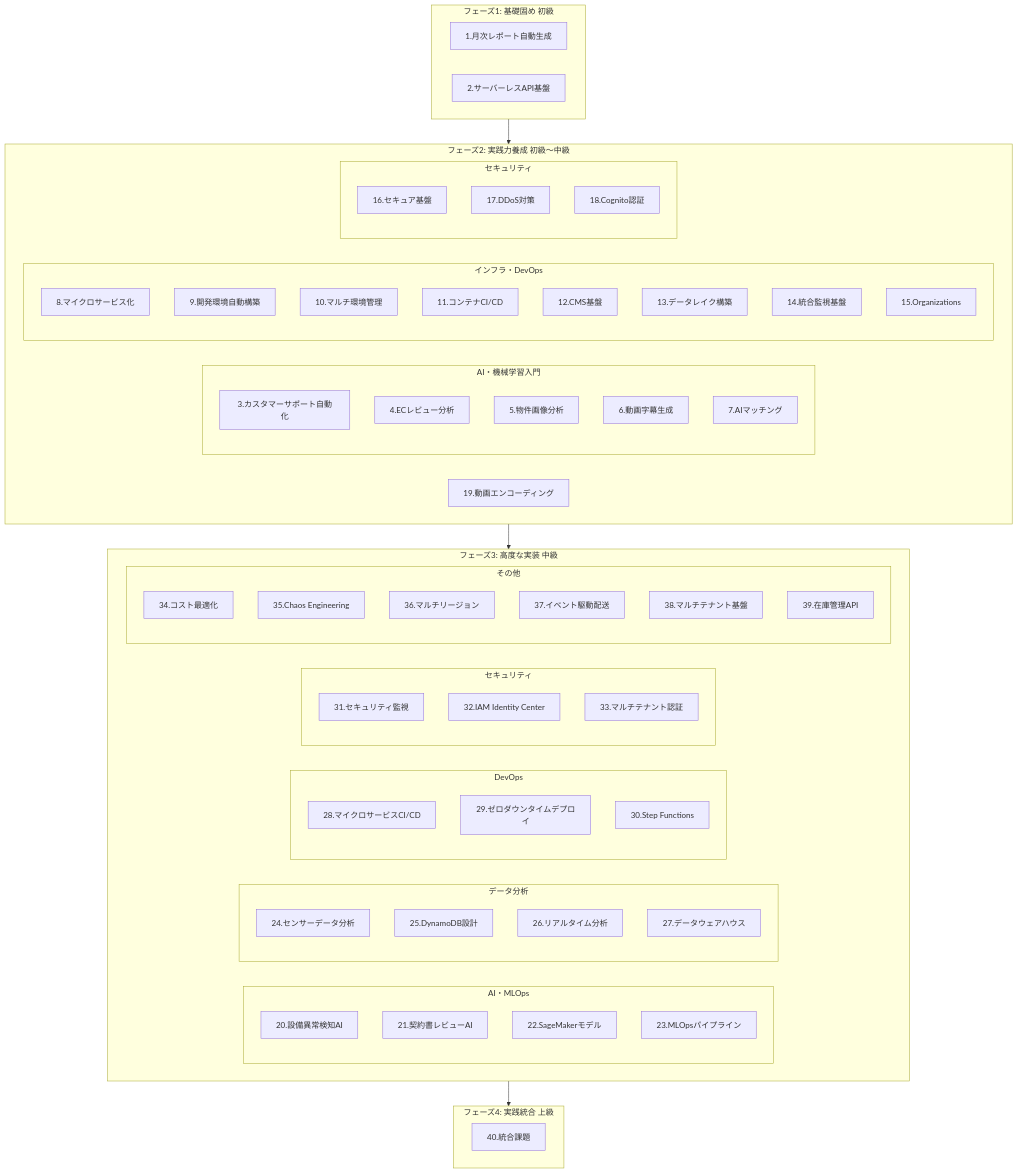
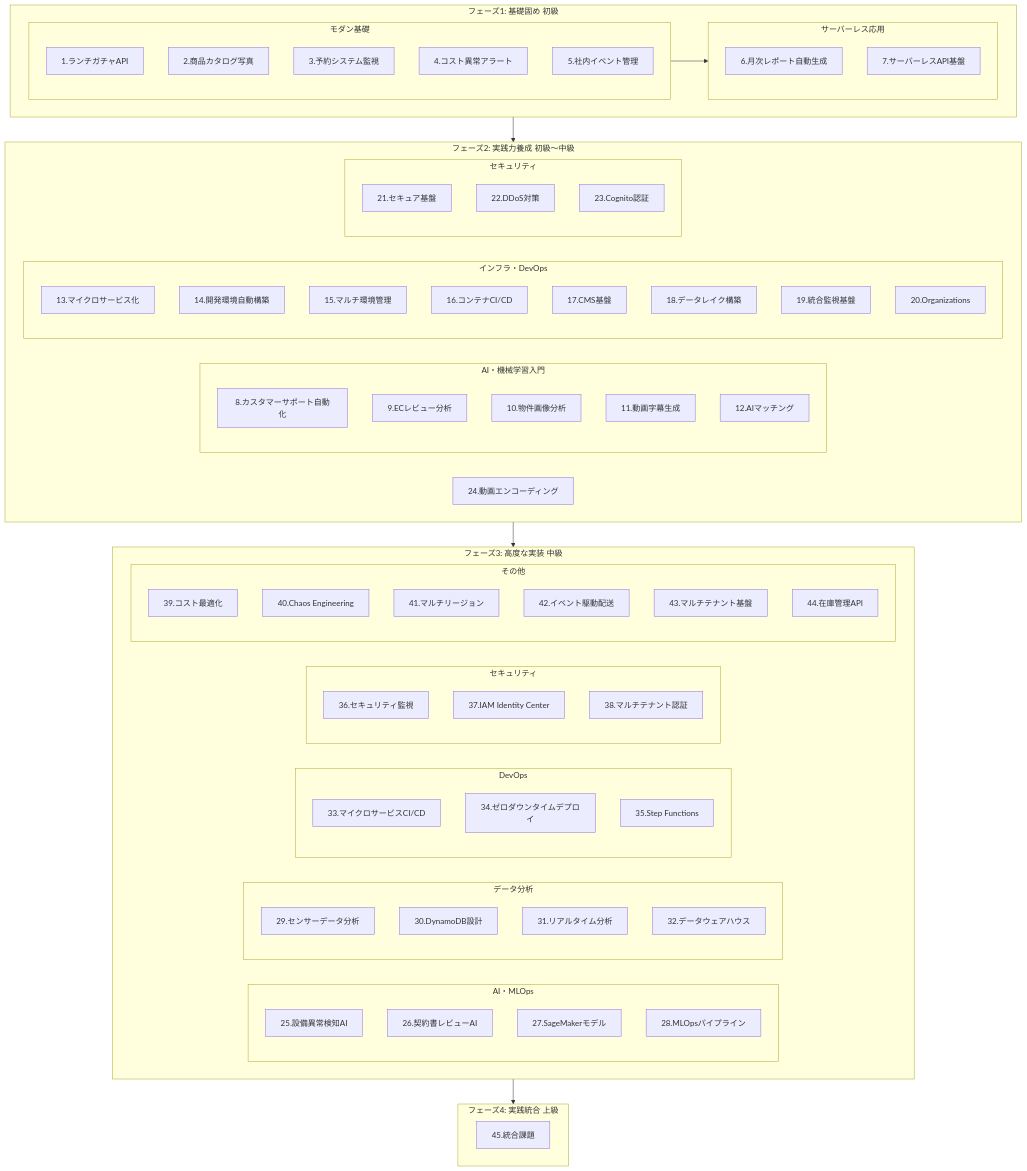
Before and after one commit to yuta-ishii-cm/aws-practice: the diagram in exercises/ROADMAP.md, drawn with Mermaid. The commit also changed other lines of this file and 46 other files, not shown here.

````diff
--- a/exercises/ROADMAP.md
+++ b/exercises/ROADMAP.md
@@ -164,71 +186,81 @@
 ```mermaid
 flowchart TB
     subgraph phase1[フェーズ1: 基礎固め 初級]
-        p1_1[1.月次レポート自動生成]
-        p1_2[2.サーバーレスAPI基盤]
+        subgraph p1_basic[モダン基礎]
+            p1_1[1.ランチガチャAPI]
+            p1_2[2.商品カタログ写真]
+            p1_3[3.予約システム監視]
+            p1_4[4.コスト異常アラート]
+            p1_5[5.社内イベント管理]
+        end
+        subgraph p1_serverless[サーバーレス応用]
+            p1_6[6.月次レポート自動生成]
+            p1_7[7.サーバーレスAPI基盤]
+        end
+        p1_basic --> p1_serverless
     end
 
     subgraph phase2[フェーズ2: 実践力養成 初級〜中級]
         subgraph p2_ai[AI・機械学習入門]
-            p2_3[3.カスタマーサポート自動化]
-            p2_4[4.ECレビュー分析]
-            p2_5[5.物件画像分析]
-            p2_6[6.動画字幕生成]
-            p2_7[7.AIマッチング]
+            p2_8[8.カスタマーサポート自動化]
+            p2_9[9.ECレビュー分析]
+            p2_10[10.物件画像分析]
+            p2_11[11.動画字幕生成]
+            p2_12[12.AIマッチング]
         end
         subgraph p2_infra[インフラ・DevOps]
-            p2_8[8.マイクロサービス化]
-            p2_9[9.開発環境自動構築]
-            p2_10[10.マルチ環境管理]
-            p2_11[11.コンテナCI/CD]
-            p2_12[12.CMS基盤]
-            p2_13[13.データレイク構築]
-            p2_14[14.統合監視基盤]
-            p2_15[15.Organizations]
+            p2_13[13.マイクロサービス化]
+            p2_14[14.開発環境自動構築]
+            p2_15[15.マルチ環境管理]
+            p2_16[16.コンテナCI/CD]
+            p2_17[17.CMS基盤]
+            p2_18[18.データレイク構築]
+            p2_19[19.統合監視基盤]
+            p2_20[20.Organizations]
         end
         subgraph p2_security[セキュリティ]
-            p2_16[16.セキュア基盤]
-            p2_17[17.DDoS対策]
-            p2_18[18.Cognito認証]
+            p2_21[21.セキュア基盤]
+            p2_22[22.DDoS対策]
+            p2_23[23.Cognito認証]
         end
-        p2_19[19.動画エンコーディング]
+        p2_24[24.動画エンコーディング]
     end
 
     subgraph phase3[フェーズ3: 高度な実装 中級]
         subgraph p3_ml[AI・MLOps]
-            p3_20[20.設備異常検知AI]
-            p3_21[21.契約書レビューAI]
-            p3_22[22.SageMakerモデル]
-            p3_23[23.MLOpsパイプライン]
+            p3_25[25.設備異常検知AI]
+            p3_26[26.契約書レビューAI]
+            p3_27[27.SageMakerモデル]
+            p3_28[28.MLOpsパイプライン]
         end
         subgraph p3_data[データ分析]
-            p3_24[24.センサーデータ分析]
-            p3_25[25.DynamoDB設計]
-            p3_26[26.リアルタイム分析]
-            p3_27[27.データウェアハウス]
+            p3_29[29.センサーデータ分析]
+            p3_30[30.DynamoDB設計]
+            p3_31[31.リアルタイム分析]
+            p3_32[32.データウェアハウス]
         end
         subgraph p3_devops[DevOps]
-            p3_28[28.マイクロサービスCI/CD]
-            p3_29[29.ゼロダウンタイムデプロイ]
-            p3_30[30.Step Functions]
+            p3_33[33.マイクロサービスCI/CD]
+            p3_34[34.ゼロダウンタイムデプロイ]
+            p3_35[35.Step Functions]
         end
         subgraph p3_security[セキュリティ]
-            p3_31[31.セキュリティ監視]
-            p3_32[32.IAM Identity Center]
-            p3_33[33.マルチテナント認証]
+            p3_36[36.セキュリティ監視]
+            p3_37[37.IAM Identity Center]
+            p3_38[38.マルチテナント認証]
         end
         subgraph p3_other[その他]
-            p3_34[34.コスト最適化]
-            p3_35[35.Chaos Engineering]
-            p3_36[36.マルチリージョン]
-            p3_37[37.イベント駆動配送]
-            p3_38[38.マルチテナント基盤]
-            p3_39[39.在庫管理API]
+            p3_39[39.コスト最適化]
+            p3_40[40.Chaos Engineering]
+            p3_41[41.マルチリージョン]
+            p3_42[42.イベント駆動配送]
+            p3_43[43.マルチテナント基盤]
+            p3_44[44.在庫管理API]
         end
     end
 
     subgraph phase4[フェーズ4: 実践統合 上級]
-        p4_40[40.統合課題]
+        p4_45[45.統合課題]
     end
 
     phase1 --> phase2
````
